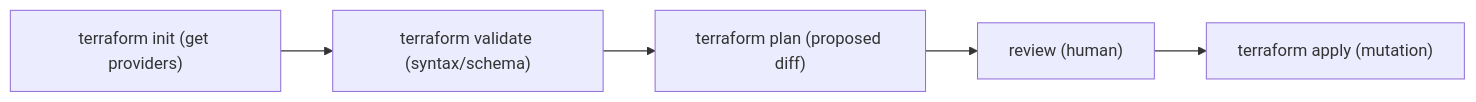
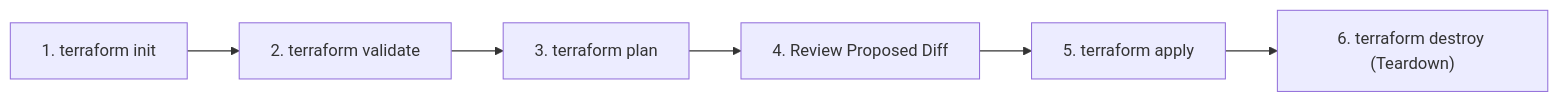
Before and after one commit to jithinpnjm/nvidia-devops: the second of 3 diagrams in docs/volume-10/05-terraform-for-infrastructure-as-code.md, drawn with Mermaid. The commit also changed other lines of this file and 10 other files, not shown here.

````diff
--- a/docs/volume-10/05-terraform-for-infrastructure-as-code.md
+++ b/docs/volume-10/05-terraform-for-infrastructure-as-code.md
@@ -23,7 +91,8 @@
 ```mermaid
 flowchart LR
-    A["terraform init (get providers)"] --> B["terraform validate (syntax/schema)"]
-    B --> C["terraform plan (proposed diff)"]
-    C --> D["review (human)"]
-    D --> E["terraform apply (mutation)"]
+    A["1. terraform init"] --> B["2. terraform validate"]
+    B --> C["3. terraform plan"]
+    C --> D["4. Review Proposed Diff"]
+    D --> E["5. terraform apply"]
+    E --> F["6. terraform destroy (Teardown)"]
 ```
````
